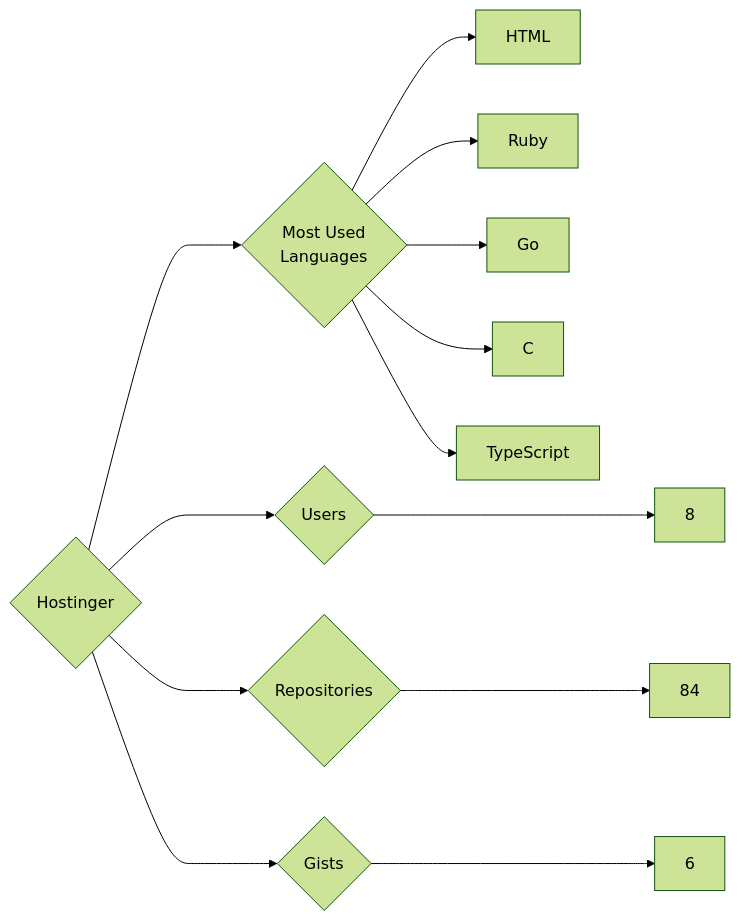
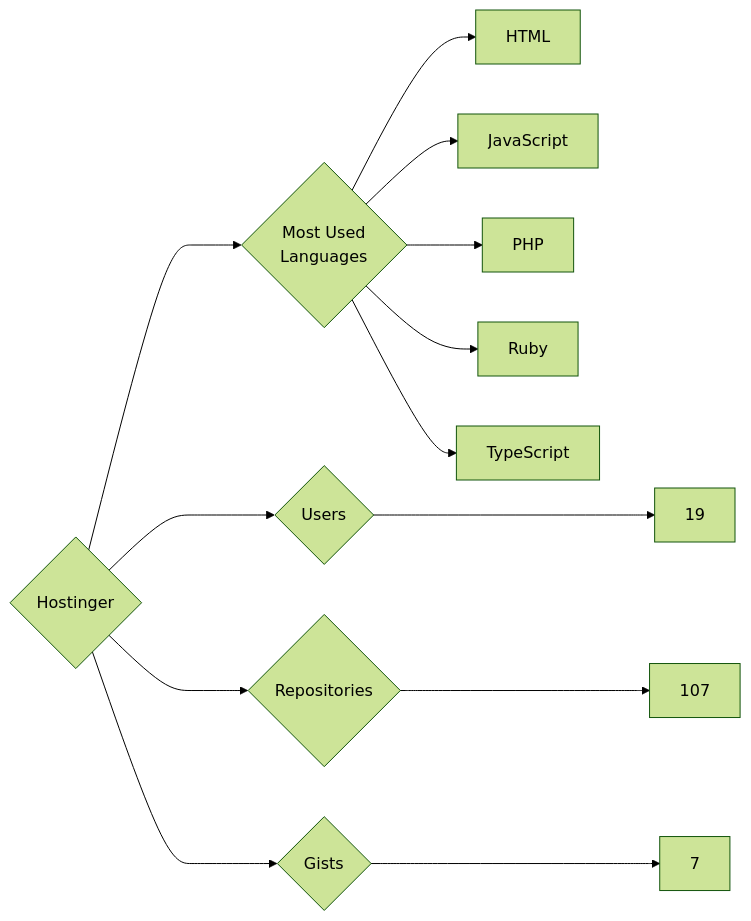
Before and after one commit to trickest/insiders: the diagram in targets/Hostinger/README.md, drawn with Mermaid (forest theme). The commit also changed 681 other files, not shown here.

````diff
--- a/targets/Hostinger/README.md
+++ b/targets/Hostinger/README.md
@@ -3,13 +3,13 @@
 ```mermaid
 graph LR
 COMPANY_NAME{Hostinger}
-COMPANY_NAME ---> U{Users} ---> UN[8]
-COMPANY_NAME ---> R{Repositories} ---> RN[84]
-COMPANY_NAME ---> G{Gists} ---> GN[6]
+COMPANY_NAME ---> U{Users} ---> UN[19]
+COMPANY_NAME ---> R{Repositories} ---> RN[107]
+COMPANY_NAME ---> G{Gists} ---> GN[7]
 COMPANY_NAME ---> ML{Most Used<br>Languages}
 ML --> HTML[HTML]
+ML --> JavaScript[JavaScript]
+ML --> PHP[PHP]
 ML --> Ruby[Ruby]
-ML --> Go[Go]
-ML --> C[C]
 ML --> TypeScript[TypeScript]
 ```
````
